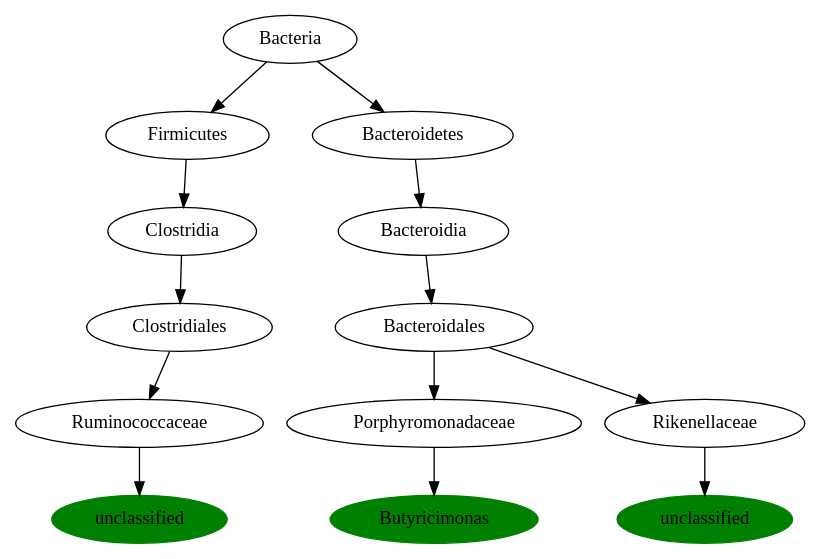
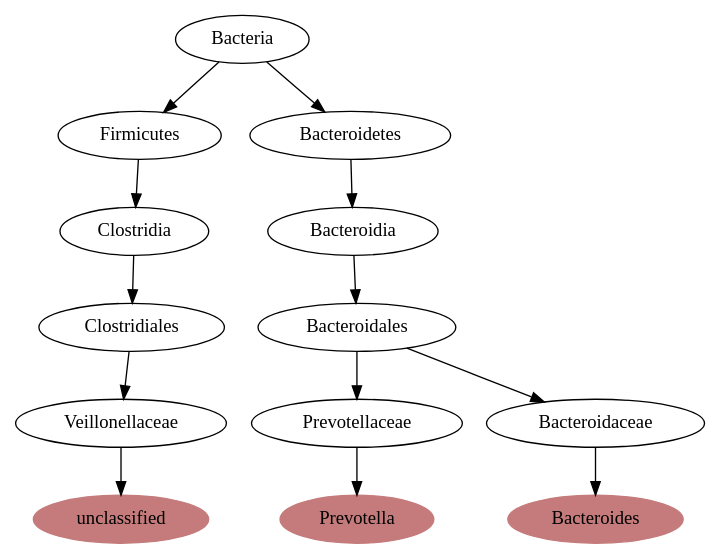
Before and after one commit to AndersHqst/thesis: the diagram in experiments/tmp/phylogenetic-tree/dotfiles/8.dot, drawn with Graphviz. The commit also changed 228 other files, not shown here.

Commit message:
Updated graph coloring scripts. Co-exclusions are now indicated by edge label font coloring, and phylographer will also show u<1 patterns in red only

```diff
--- a/experiments/tmp/phylogenetic-tree/dotfiles/8.dot
+++ b/experiments/tmp/phylogenetic-tree/dotfiles/8.dot
@@ -1,42 +1,42 @@
 digraph G { 
-	Ruminococcaceaeunclassified [label="unclassified", color="green", style=filled];
-	ClostridialesRuminococcaceae [label="Ruminococcaceae"];
-	Ruminococcaceaeunclassified [label="unclassified"];
-	ClostridialesRuminococcaceae -> Ruminococcaceaeunclassified;
+	Veillonellaceaeunclassified [label="unclassified", color="#C57B7B", style=filled];
+	ClostridialesVeillonellaceae [label="Veillonellaceae"];
+	Veillonellaceaeunclassified [label="unclassified"];
+	ClostridialesVeillonellaceae -> Veillonellaceaeunclassified;
 	ClostridiaClostridiales [label="Clostridiales"];
-	ClostridialesRuminococcaceae [label="Ruminococcaceae"];
-	ClostridiaClostridiales -> ClostridialesRuminococcaceae;
+	ClostridialesVeillonellaceae [label="Veillonellaceae"];
+	ClostridiaClostridiales -> ClostridialesVeillonellaceae;
 	FirmicutesClostridia [label="Clostridia"];
 	ClostridiaClostridiales [label="Clostridiales"];
 	FirmicutesClostridia -> ClostridiaClostridiales;
 	BacteriaFirmicutes [label="Firmicutes"];
 	FirmicutesClostridia [label="Clostridia"];
 	BacteriaFirmicutes -> FirmicutesClostridia;
 	Bacteria [label="Bacteria"];
 	BacteriaFirmicutes [label="Firmicutes"];
 	Bacteria -> BacteriaFirmicutes;
-	PorphyromonadaceaeButyricimonas [label="Butyricimonas", color="green", style=filled];
-	BacteroidalesPorphyromonadaceae [label="Porphyromonadaceae"];
-	PorphyromonadaceaeButyricimonas [label="Butyricimonas"];
-	BacteroidalesPorphyromonadaceae -> PorphyromonadaceaeButyricimonas;
+	PrevotellaceaePrevotella [label="Prevotella", color="#C57B7B", style=filled];
+	BacteroidalesPrevotellaceae [label="Prevotellaceae"];
+	PrevotellaceaePrevotella [label="Prevotella"];
+	BacteroidalesPrevotellaceae -> PrevotellaceaePrevotella;
 	BacteroidiaBacteroidales [label="Bacteroidales"];
-	BacteroidalesPorphyromonadaceae [label="Porphyromonadaceae"];
-	BacteroidiaBacteroidales -> BacteroidalesPorphyromonadaceae;
+	BacteroidalesPrevotellaceae [label="Prevotellaceae"];
+	BacteroidiaBacteroidales -> BacteroidalesPrevotellaceae;
 	BacteroidetesBacteroidia [label="Bacteroidia"];
 	BacteroidiaBacteroidales [label="Bacteroidales"];
 	BacteroidetesBacteroidia -> BacteroidiaBacteroidales;
 	BacteriaBacteroidetes [label="Bacteroidetes"];
 	BacteroidetesBacteroidia [label="Bacteroidia"];
 	BacteriaBacteroidetes -> BacteroidetesBacteroidia;
 	Bacteria [label="Bacteria"];
 	BacteriaBacteroidetes [label="Bacteroidetes"];
 	Bacteria -> BacteriaBacteroidetes;
-	Rikenellaceaeunclassified [label="unclassified", color="green", style=filled];
-	BacteroidalesRikenellaceae [label="Rikenellaceae"];
-	Rikenellaceaeunclassified [label="unclassified"];
-	BacteroidalesRikenellaceae -> Rikenellaceaeunclassified;
+	BacteroidaceaeBacteroides [label="Bacteroides", color="#C57B7B", style=filled];
+	BacteroidalesBacteroidaceae [label="Bacteroidaceae"];
+	BacteroidaceaeBacteroides [label="Bacteroides"];
+	BacteroidalesBacteroidaceae -> BacteroidaceaeBacteroides;
 	BacteroidiaBacteroidales [label="Bacteroidales"];
-	BacteroidalesRikenellaceae [label="Rikenellaceae"];
-	BacteroidiaBacteroidales -> BacteroidalesRikenellaceae;
+	BacteroidalesBacteroidaceae [label="Bacteroidaceae"];
+	BacteroidiaBacteroidales -> BacteroidalesBacteroidaceae;
 
  }
```
